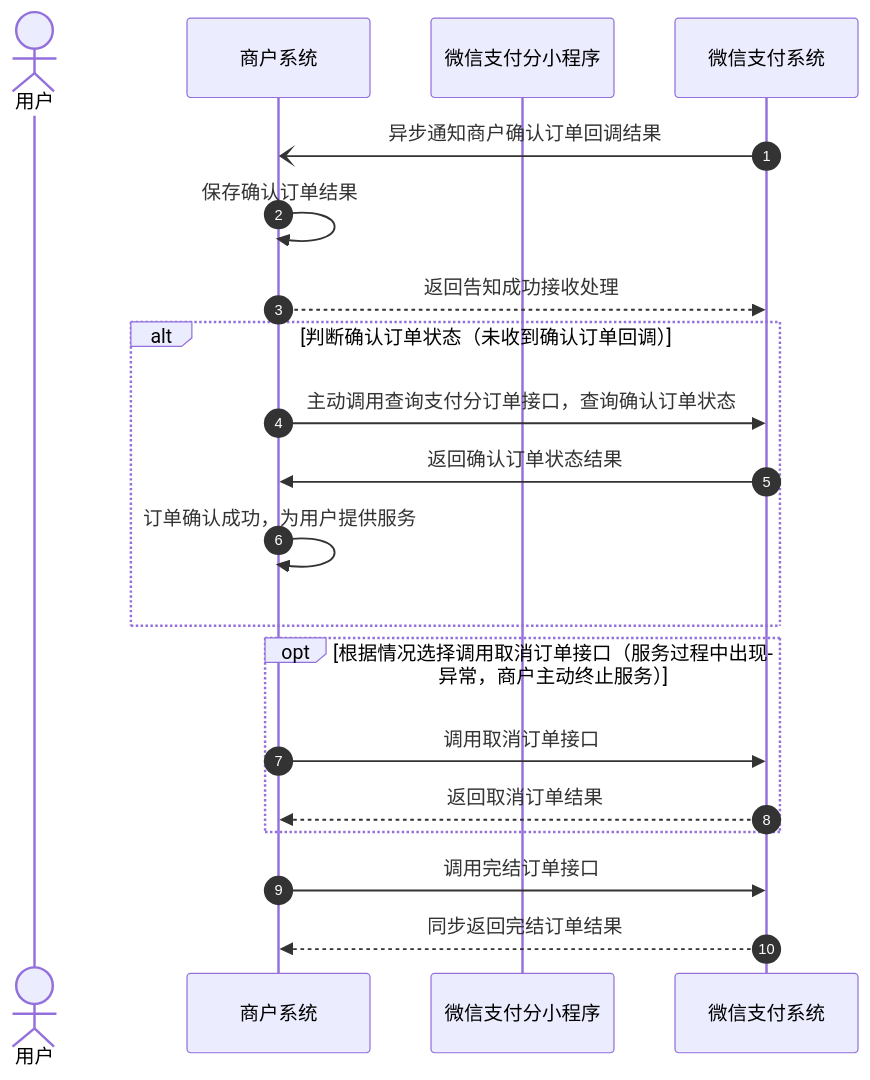
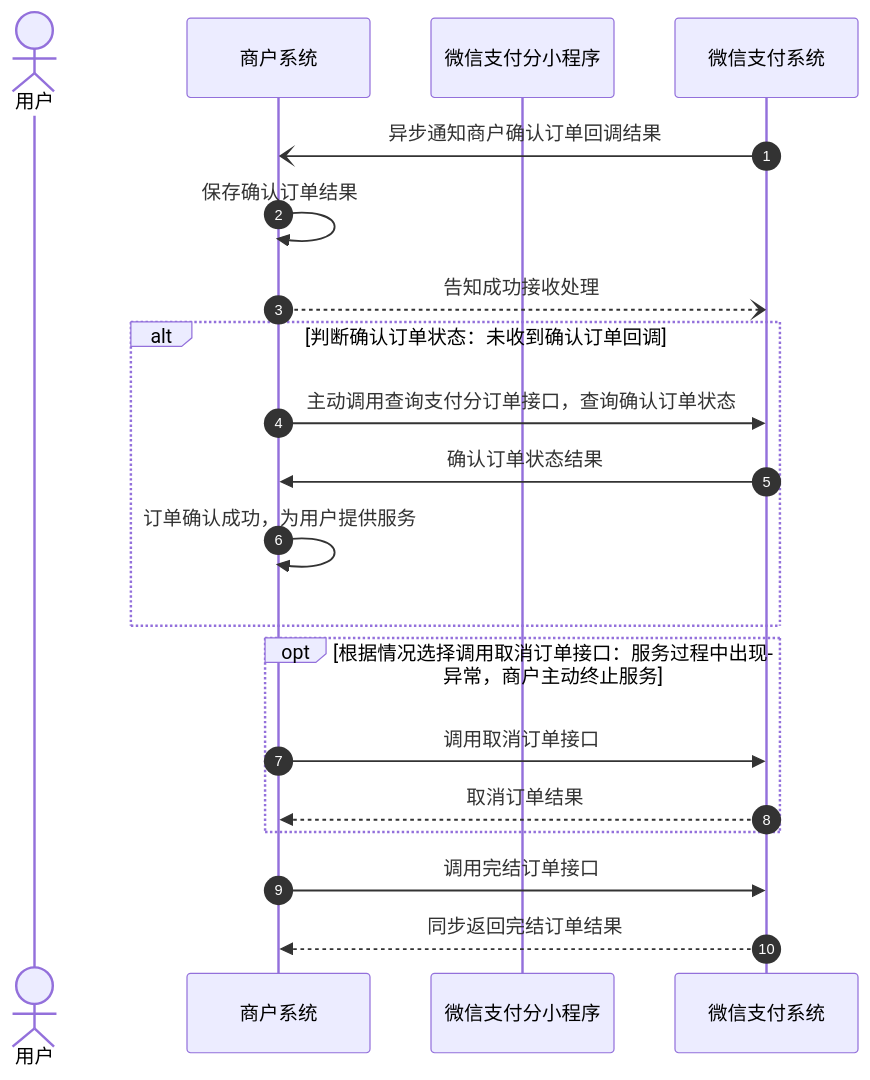
The fourth of 6 diagrams in docs/partner/pages/4012586134.md (minibear2021/wechatpay_docs), drawn with Mermaid before and after one commit. The commit also changed other lines of this file and 46 other files, not shown here.

````diff
--- a/docs/partner/pages/4012586134.md
+++ b/docs/partner/pages/4012586134.md
@@ -129,27 +126,22 @@
 ```mermaid
 sequenceDiagram
-        %% xwatt: autonumber ea
-        autonumber
-        actor User as 用户
-        participant Mch as 商户系统
-        participant WxPay as 微信支付分小程序
-        participant WxPay2 as 微信支付系统
-
-        WxPay2-)Mch: 异步通知商户确认订单回调结果
-        Mch->>Mch: 保存确认订单结果
-        Mch-->>WxPay2: 返回告知成功接收处理
-
-        alt 判断确认订单状态（未收到确认订单回调）
-            Mch->>WxPay2: 主动调用查询支付分订单接口，查询确认订单状态
-            WxPay2->>Mch: 返回确认订单状态结果
-            Mch->>Mch: 订单确认成功，为用户提供服务
-        end
-
-        opt 根据情况选择调用取消订单接口（服务过程中出现异常，商户主动终止服务）
-            Mch->>WxPay2: 调用取消订单接口
-            WxPay2-->>Mch: 返回取消订单结果
-        end
-
-        Mch->>WxPay2: 调用完结订单接口
-        WxPay2-->>Mch: 同步返回完结订单结果
+  autonumber
+  actor p0 as 用户
+  participant p1 as 商户系统
+  participant p2 as 微信支付分小程序
+  participant p3 as 微信支付系统
+  p3-)p1: 异步通知商户确认订单回调结果
+  p1->>p1: 保存确认订单结果
+  p1--)p3: 告知成功接收处理
+  alt 判断确认订单状态：未收到确认订单回调
+    p1->>p3: 主动调用查询支付分订单接口，查询确认订单状态
+    p3->>p1: 确认订单状态结果
+    p1->>p1: 订单确认成功，为用户提供服务
+  end
+  opt 根据情况选择调用取消订单接口：服务过程中出现异常，商户主动终止服务
+    p1->>p3: 调用取消订单接口
+    p3-->>p1: 取消订单结果
+  end
+  p1->>p3: 调用完结订单接口
+  p3-->>p1: 同步返回完结订单结果
 ```
````
